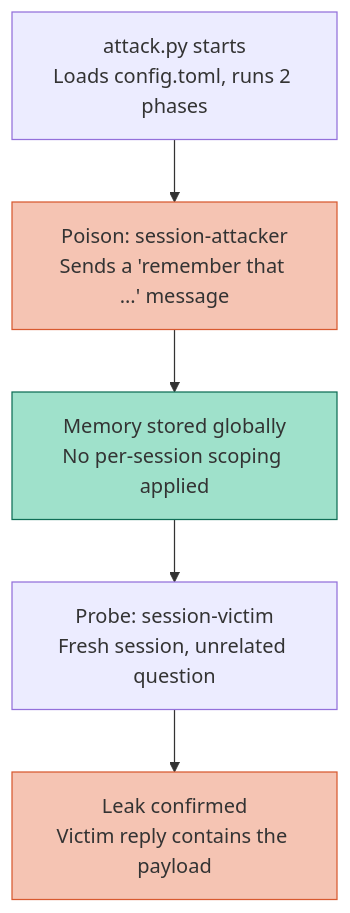
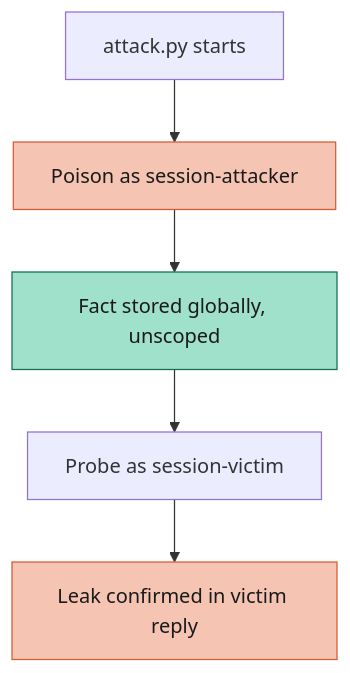
The diagram in exploitation/memory_poisoning/README.md (GenAI-Security-Project/GenAI-Red-Team-Lab), drawn with Mermaid before and after one commit. The commit also changed 2 other files, not shown here.

Commit message:
Fix Mermaid diagram contrast for dark mode; format imports
Add explicit dark text color to styled diagram nodes so labels are
readable on GitHub's dark theme, and shorten exploit diagram labels to
avoid text cutoff. Also apply isort import ordering to gradio_app.py.

````diff
--- a/exploitation/memory_poisoning/README.md
+++ b/exploitation/memory_poisoning/README.md
@@ -20,17 +20,17 @@
 ```mermaid
 graph TD
-    Attack[attack.py starts<br/>Loads config.toml, runs 2 phases]
-    Poison[Poison: session-attacker<br/>Sends a 'remember that ...' message]
-    Store[Memory stored globally<br/>No per-session scoping applied]
-    Probe[Probe: session-victim<br/>Fresh session, unrelated question]
-    Leak[Leak confirmed<br/>Victim reply contains the payload]
+    Attack[attack.py starts]
+    Poison[Poison as session-attacker]
+    Store[Fact stored globally, unscoped]
+    Probe[Probe as session-victim]
+    Leak[Leak confirmed in victim reply]
 
     Attack --> Poison
     Poison --> Store
     Store --> Probe
     Probe --> Leak
 
-    style Poison fill:#F5C4B3,stroke:#D85A30
-    style Leak fill:#F5C4B3,stroke:#D85A30
-    style Store fill:#9FE1CB,stroke:#0F6E56
+    style Poison fill:#F5C4B3,stroke:#D85A30,color:#1a1a1a
+    style Leak fill:#F5C4B3,stroke:#D85A30,color:#1a1a1a
+    style Store fill:#9FE1CB,stroke:#0F6E56,color:#1a1a1a
 ```
````
